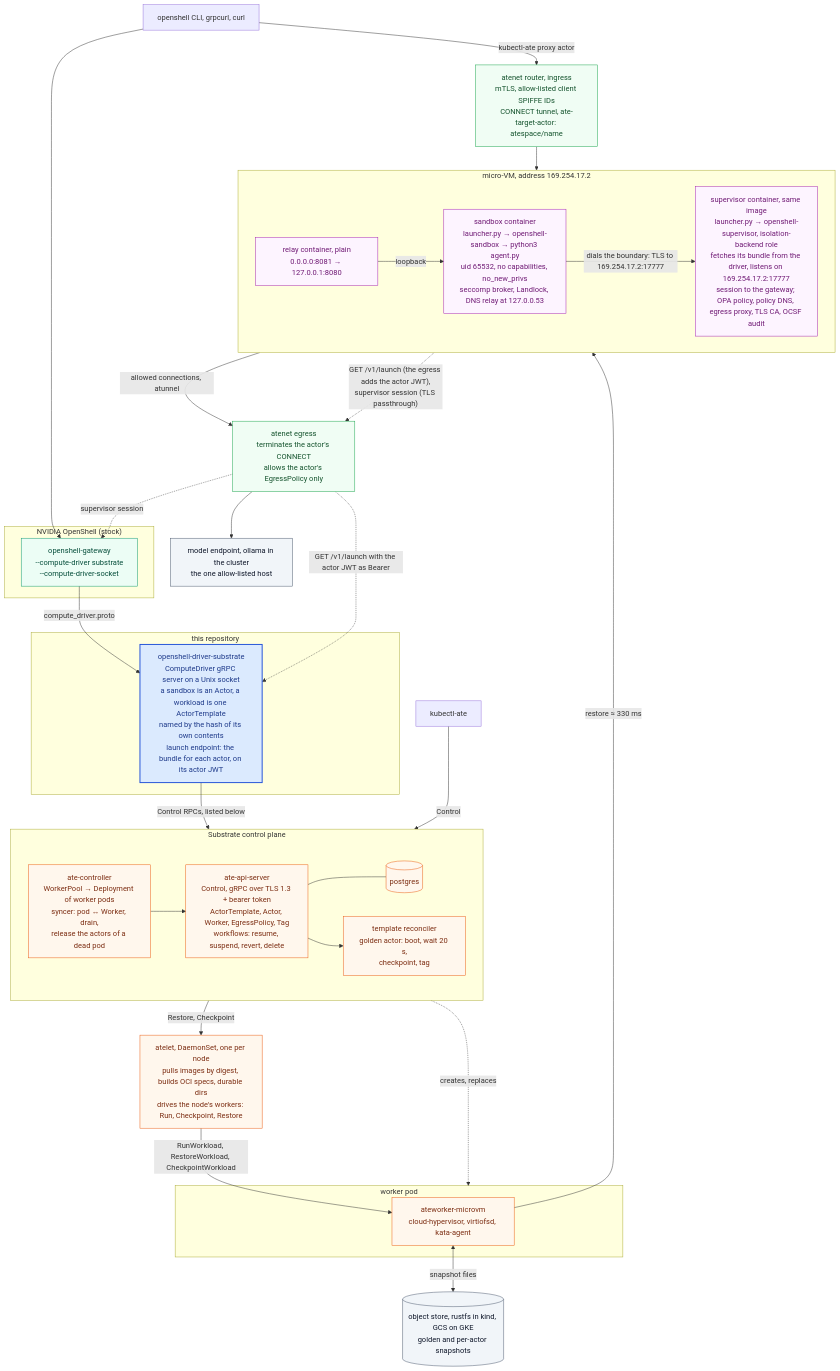
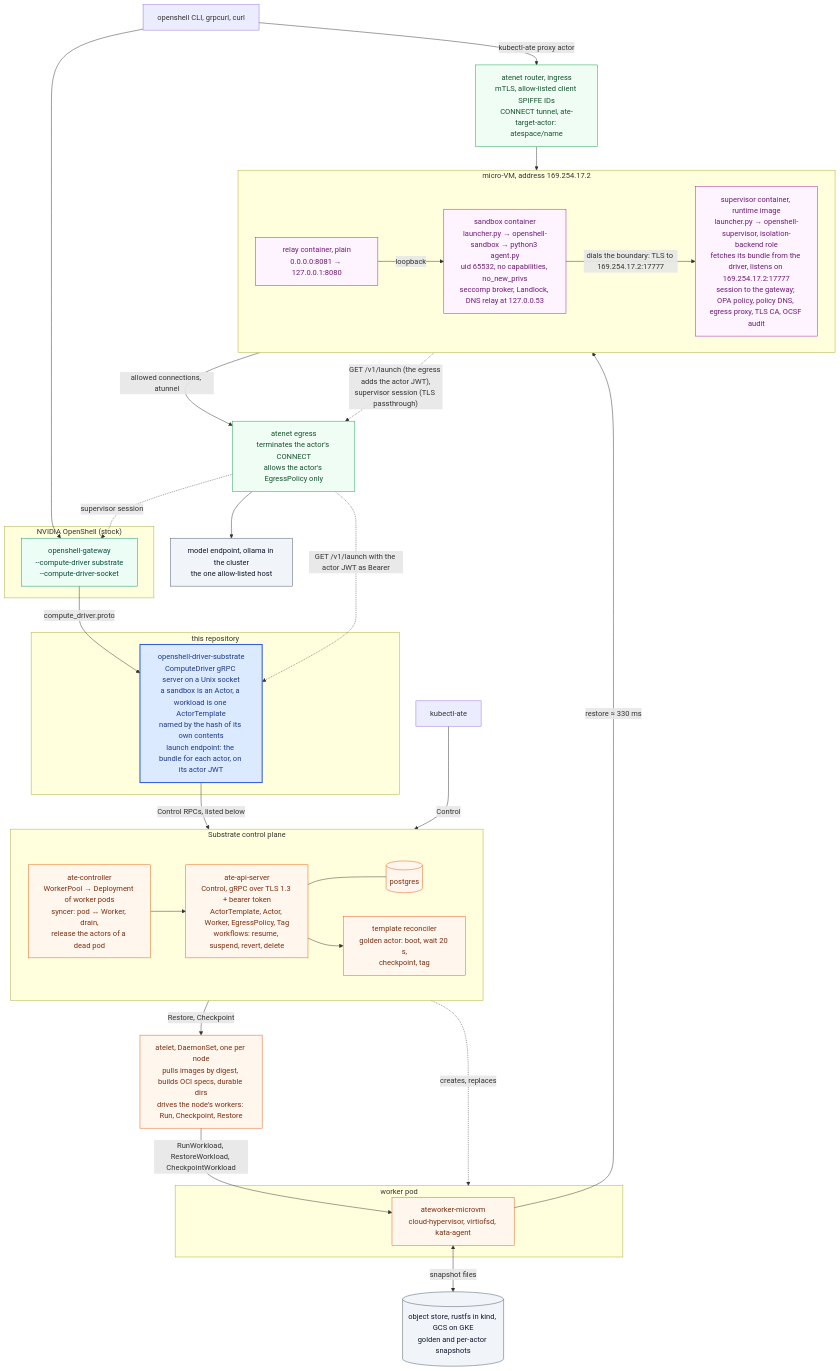
One commit to dims/openshell-driver-substrate changed the first of 8 diagrams in docs/architecture.md. Above: the diagram before and after it, drawn with Mermaid. The commit also changed other lines of this file and 17 other files, not shown here.

````diff
--- a/docs/architecture.md
+++ b/docs/architecture.md
@@ -25,76 +25,76 @@
 ```mermaid
 flowchart TB
   classDef stock fill:#ecfdf5,stroke:#059669,color:#064e3b
   classDef ours fill:#dbeafe,stroke:#1d4ed8,color:#1e3a8a,stroke-width:2px
   classDef sub fill:#fff7ed,stroke:#ea580c,color:#7c2d12
   classDef guest fill:#fdf4ff,stroke:#a21caf,color:#701a75
   classDef store fill:#f1f5f9,stroke:#475569,color:#0f172a
   classDef edge fill:#f0fdf4,stroke:#16a34a,color:#14532d
 
   cli["openshell CLI, grpcurl, curl"]
   kate["kubectl-ate"]
 
   subgraph openshell["NVIDIA OpenShell (stock)"]
     gw["openshell-gateway<br/>--compute-driver substrate<br/>--compute-driver-socket"]
   end
 
   subgraph repo["this repository"]
     driver["openshell-driver-substrate<br/>ComputeDriver gRPC server on a Unix socket<br/>a sandbox is an Actor, a workload is one ActorTemplate<br/>named by the hash of its own contents<br/>launch endpoint: the bundle for each actor, on its actor JWT"]
   end
 
   subgraph substrate["Substrate control plane"]
     direction LR
     ctl["ate-controller<br/>WorkerPool → Deployment of worker pods<br/>syncer: pod ↔ Worker, drain,<br/>release the actors of a dead pod"]
     api["ate-api-server<br/>Control, gRPC over TLS 1.3 + bearer token<br/>ActorTemplate, Actor, Worker, EgressPolicy, Tag<br/>workflows: resume, suspend, revert, delete"]
     pg[("postgres")]
     recon["template reconciler<br/>golden actor: boot, wait 20 s,<br/>checkpoint, tag"]
     ctl --> api
     api --- pg
     api --> recon
   end
 
   router["atenet router, ingress<br/>mTLS, allow-listed client SPIFFE IDs<br/>CONNECT tunnel, ate-target-actor: atespace/name"]
 
   atelet["atelet, DaemonSet, one per node<br/>pulls images by digest, builds OCI specs, durable dirs<br/>drives the node's workers: Run, Checkpoint, Restore"]
 
   subgraph pod["worker pod"]
     ateom["ateworker-microvm<br/>cloud-hypervisor, virtiofsd, kata-agent"]
   end
 
   subgraph vm["micro-VM, address 169.254.17.2"]
     direction LR
     relay["relay container, plain<br/>0.0.0.0:8081 → 127.0.0.1:8080"]
     sbx["sandbox container<br/>launcher.py → openshell-sandbox → python3 agent.py<br/>uid 65532, no capabilities, no_new_privs<br/>seccomp broker, Landlock, DNS relay at 127.0.0.53"]
-    sup["supervisor container, same image<br/>launcher.py → openshell-supervisor, isolation-backend role<br/>fetches its bundle from the driver, listens on 169.254.17.2:17777<br/>session to the gateway; OPA policy, policy DNS, egress proxy, TLS CA, OCSF audit"]
+    sup["supervisor container, runtime image<br/>launcher.py → openshell-supervisor, isolation-backend role<br/>fetches its bundle from the driver, listens on 169.254.17.2:17777<br/>session to the gateway; OPA policy, policy DNS, egress proxy, TLS CA, OCSF audit"]
     relay -- "loopback" --> sbx
     sbx -- "dials the boundary: TLS to 169.254.17.2:17777" --> sup
   end
 
   store[("object store, rustfs in kind, GCS on GKE<br/>golden and per-actor snapshots")]
   egress["atenet egress<br/>terminates the actor's CONNECT<br/>allows the actor's EgressPolicy only"]
   model["model endpoint, ollama in the cluster<br/>the one allow-listed host"]
 
   cli --> gw
   gw -- "compute_driver.proto" --> driver
   driver -- "Control RPCs, listed below" --> api
   kate -- "Control" --> api
   api -- "Restore, Checkpoint" --> atelet
   ctl -. "creates, replaces" .-> pod
   atelet -- "RunWorkload, RestoreWorkload, CheckpointWorkload" --> ateom
   ateom -- "restore ≈ 330 ms" --> sbx
   ateom <-- "snapshot files" --> store
   cli -- "kubectl-ate proxy actor" --> router
   router --> relay
   sup -- "allowed connections, atunnel" --> egress
   egress --> model
   sup -. "GET /v1/launch (the egress adds the actor JWT),<br/>supervisor session (TLS passthrough)" .-> egress
   egress -. "GET /v1/launch with the actor JWT as Bearer" .-> driver
   egress -. "supervisor session" .-> gw
 
   class gw stock
   class driver ours
   class api,pg,recon,ctl,atelet,ateom sub
   class router,egress edge
   class sbx,sup,relay guest
   class store,model store
 ```
````
